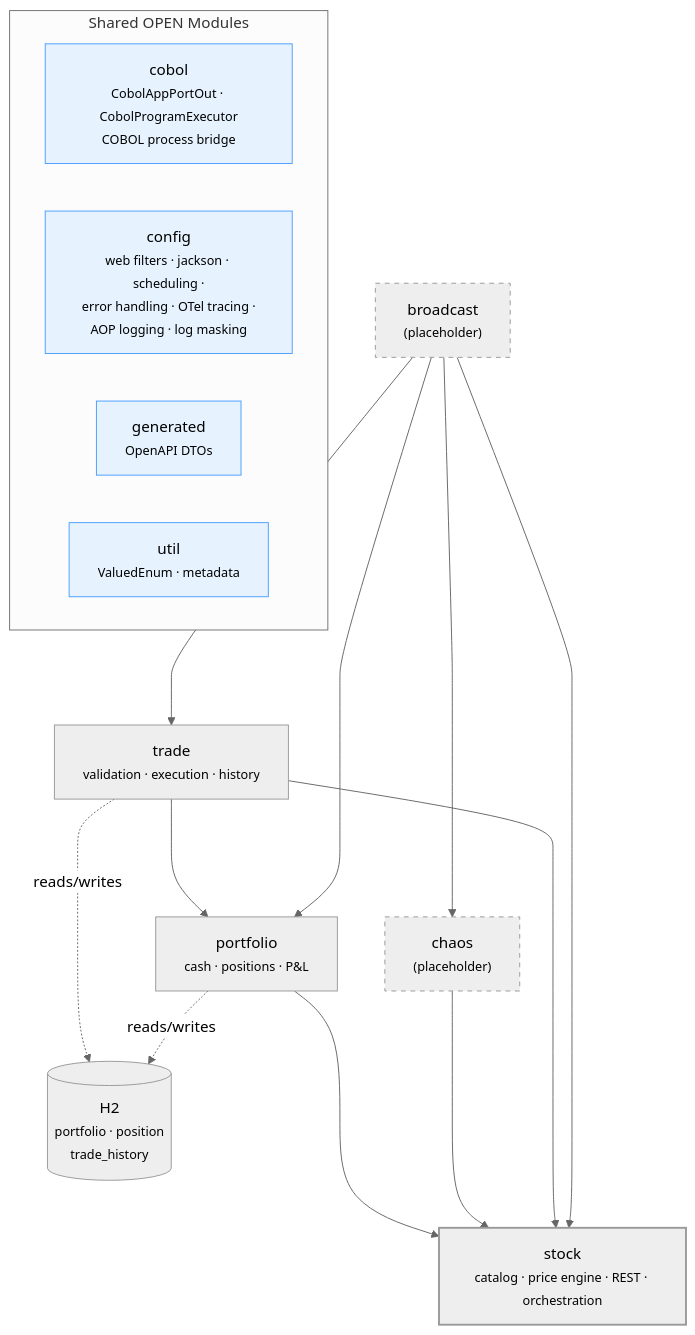
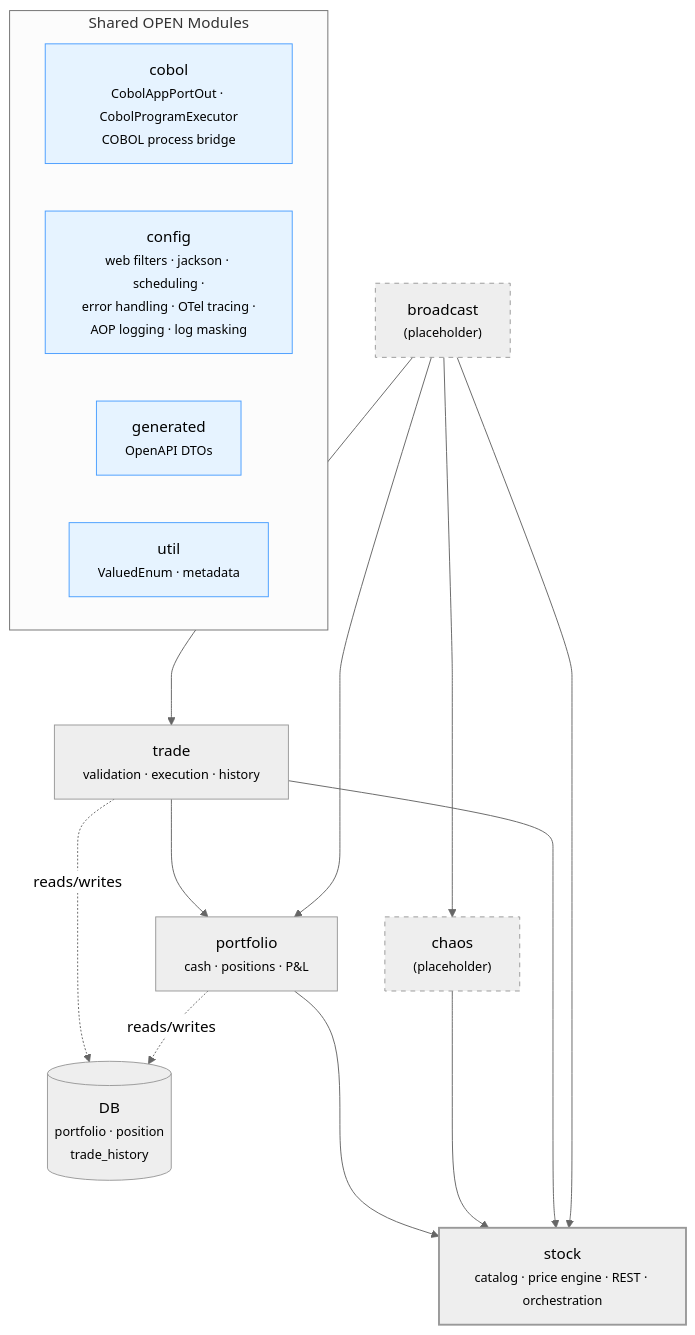
One commit to franBec/stonks-simulator changed the first of 13 diagrams in stonks_java/README.md. Above: the diagram before and after it, drawn with Mermaid (neutral theme). The commit also changed other lines of this file, not shown here.

````diff
--- a/stonks_java/README.md
+++ b/stonks_java/README.md
@@ -33,37 +34,37 @@
 ```mermaid
 graph TB
     broadcast["broadcast<br/><small>(placeholder)</small>"]
     stock["stock<br/><small>catalog · price engine · REST · orchestration</small>"]
     trade["trade<br/><small>validation · execution · history</small>"]
     chaos["chaos<br/><small>(placeholder)</small>"]
     portfolio["portfolio<br/><small>cash · positions · P&L</small>"]
-    db[("H2<br/><small>portfolio · position<br/>trade_history</small>")]
+    db[("DB<br/><small>portfolio · position<br/>trade_history</small>")]
 
     subgraph OPEN ["Shared OPEN Modules"]
         cobol["cobol<br/><small>CobolAppPortOut · CobolProgramExecutor<br/>COBOL process bridge</small>"]
         config["config<br/><small>web filters · jackson · scheduling ·<br/>error handling · OTel tracing ·<br/>AOP logging · log masking</small>"]
         generated["generated<br/><small>OpenAPI DTOs</small>"]
         util["util<br/><small>ValuedEnum · metadata</small>"]
     end
 
     broadcast ---> stock
     broadcast ---> trade
     broadcast ---> chaos
     broadcast ---> portfolio
 
     trade ---> stock
     trade ---> portfolio
     chaos ---> stock
     portfolio ---> stock
 
     portfolio -.->|reads/writes| db
     trade -.->|reads/writes| db
 
     style stock stroke-width:2px
     style broadcast stroke-dasharray: 5 5
     style chaos stroke-dasharray: 5 5
     style cobol fill:#e6f3ff,stroke:#4a9eff
     style config fill:#e6f3ff,stroke:#4a9eff
     style generated fill:#e6f3ff,stroke:#4a9eff
     style util fill:#e6f3ff,stroke:#4a9eff
 ```
````
